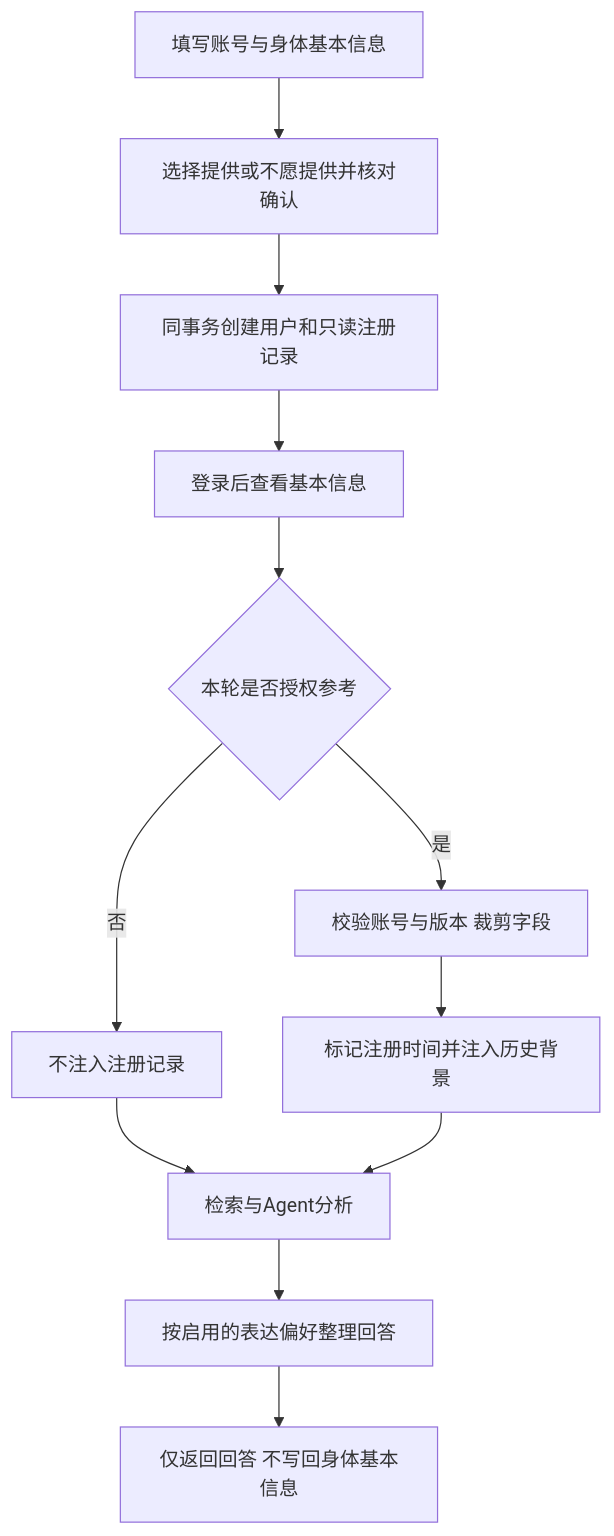
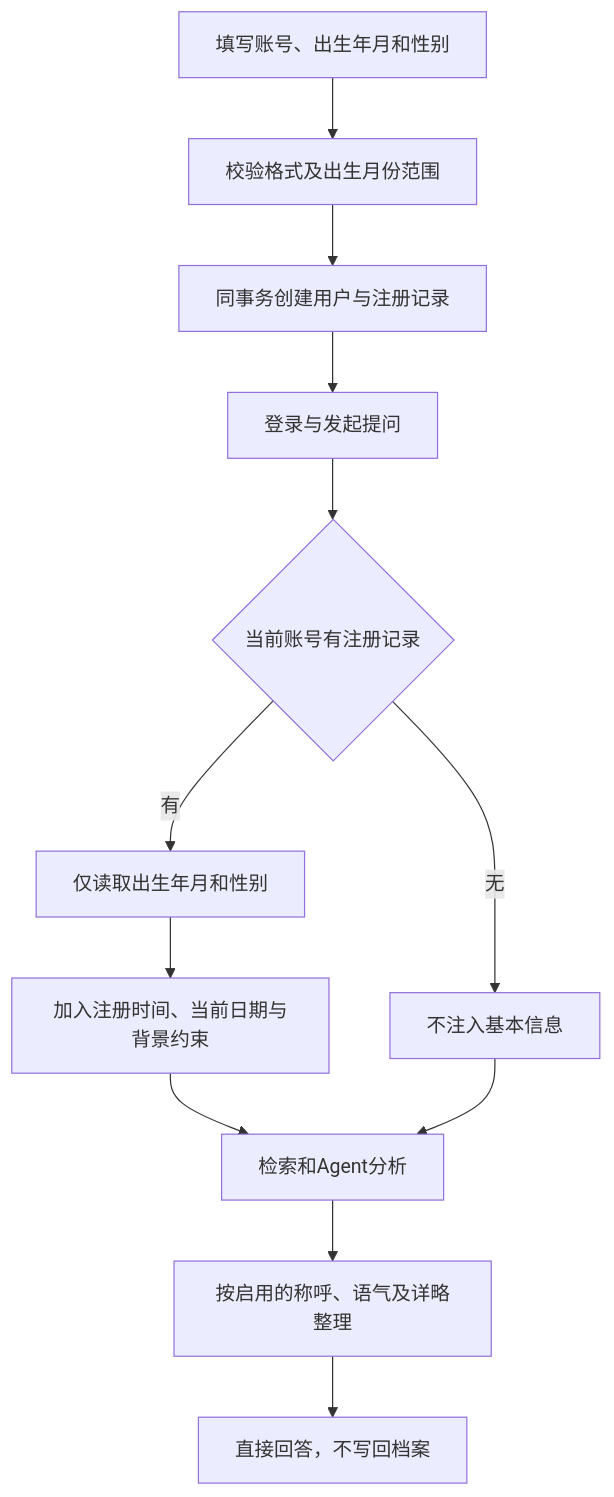
One commit to wuyifan2233/medix-agent-swarm-20261028 changed the diagram in docs/PERSONALIZATION-FLOW.md. Above: the diagram before and after it, drawn with Mermaid. The commit also changed other lines of this file and 8 other files, not shown here.

````diff
--- a/docs/PERSONALIZATION-FLOW.md
+++ b/docs/PERSONALIZATION-FLOW.md
@@ -11,14 +9,14 @@
 ```mermaid
 flowchart TD
-  A[填写账号与身体基本信息] --> B[选择提供或不愿提供并核对确认]
-  B --> C[同事务创建用户和只读注册记录]
-  C --> D[登录后查看基本信息]
-  D --> E{本轮是否授权参考}
-  E -->|否| F[不注入注册记录]
-  E -->|是| G[校验账号与版本 裁剪字段]
-  G --> H[标记注册时间并注入历史背景]
-  F --> I[检索与Agent分析]
-  H --> I
-  I --> J[按启用的表达偏好整理回答]
-  J --> K[仅返回回答 不写回身体基本信息]
+  A[填写账号、出生年月和性别] --> B[校验格式及出生月份范围]
+  B --> C[同事务创建用户与注册记录]
+  C --> D[登录与发起提问]
+  D --> E{当前账号有注册记录}
+  E -->|有| F[仅读取出生年月和性别]
+  E -->|无| G[不注入基本信息]
+  F --> H[加入注册时间、当前日期与背景约束]
+  H --> I[检索和Agent分析]
+  G --> I
+  I --> J[按启用的称呼、语气及详略整理]
+  J --> K[直接回答，不写回档案]
 ```
````
